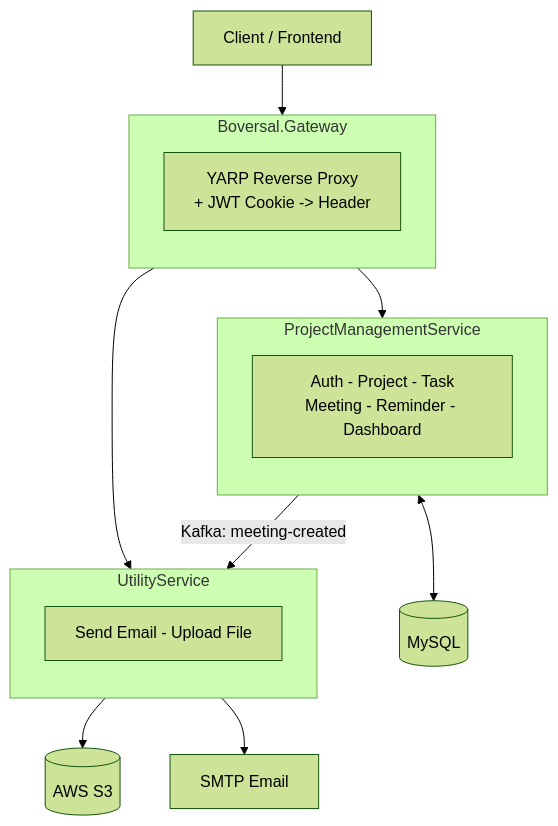
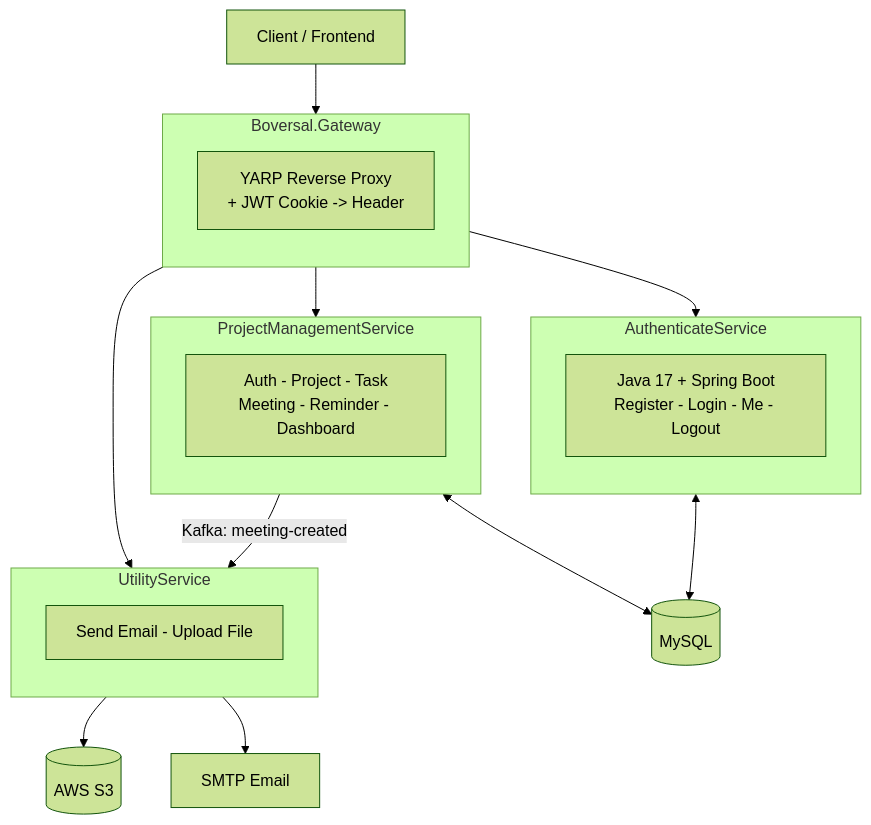
Before and after one commit to LeHuyVuu/boversal-backend: the diagram in README.md, drawn with Mermaid (forest theme). The commit also changed other lines of this file, not shown here.

Commit message:
feat: update README to include details about AuthenticateService and its integration

````diff
--- a/README.md
+++ b/README.md
@@ -30,29 +32,36 @@
 ```mermaid
 flowchart TB
     Client["Client / Frontend"]
 
     Client --> GW
 
     subgraph GW["Boversal.Gateway"]
         direction TB
         G1["YARP Reverse Proxy\n+ JWT Cookie -> Header"]
     end
 
     GW --> PMS
     GW --> UTS
+    GW --> ATS
+
+    subgraph ATS["AuthenticateService"]
+        direction TB
+        A1["Java 17 + Spring Boot\nRegister - Login - Me - Logout"]
+    end
 
     subgraph PMS["ProjectManagementService"]
         direction TB
         P1["Auth - Project - Task\nMeeting - Reminder - Dashboard"]
     end
 
     subgraph UTS["UtilityService"]
         direction TB
         U1["Send Email - Upload File"]
     end
 
     PMS <--> DB[("MySQL")]
+    ATS <--> DB
     PMS -- "Kafka: meeting-created" --> UTS
     UTS --> S3[("AWS S3")]
     UTS --> Mail["SMTP Email"]
 ```
````
